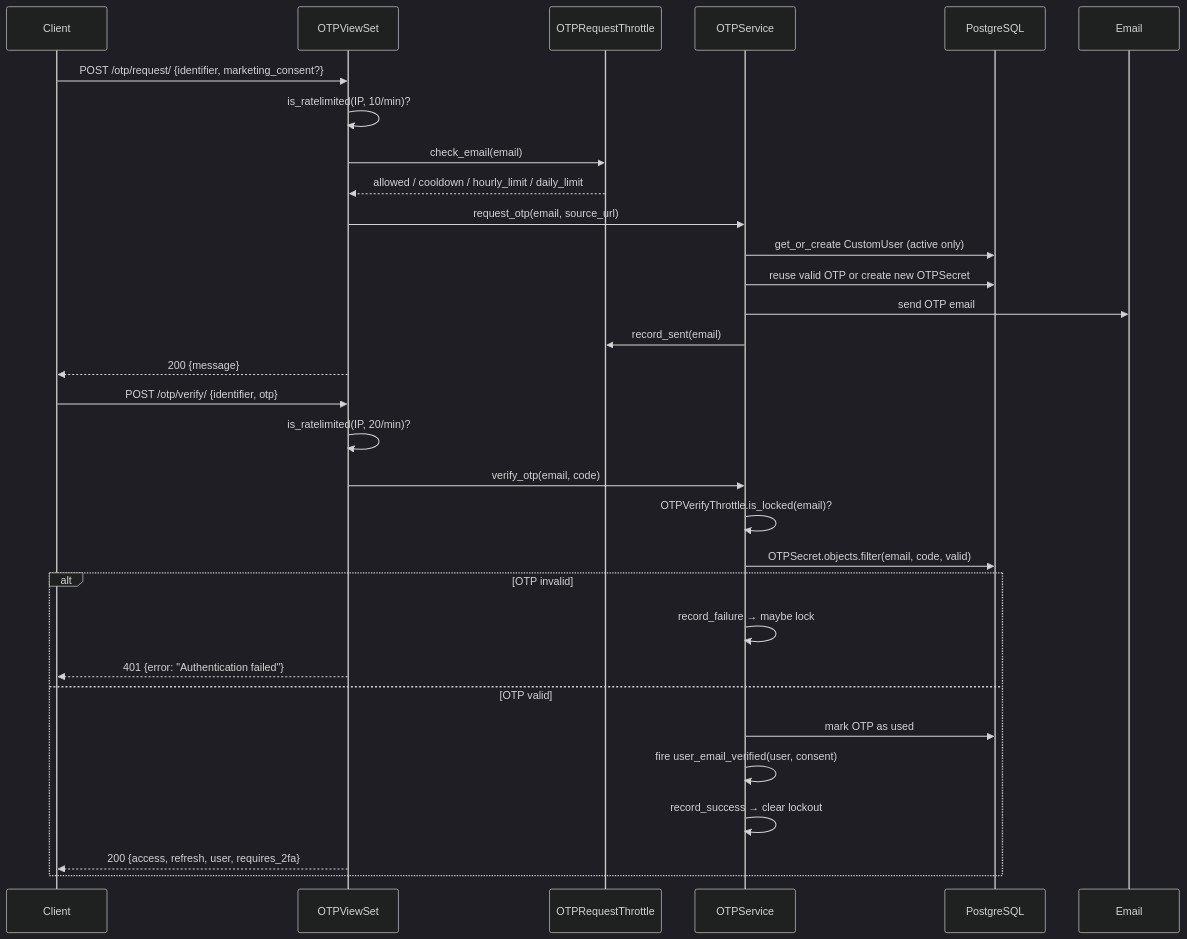
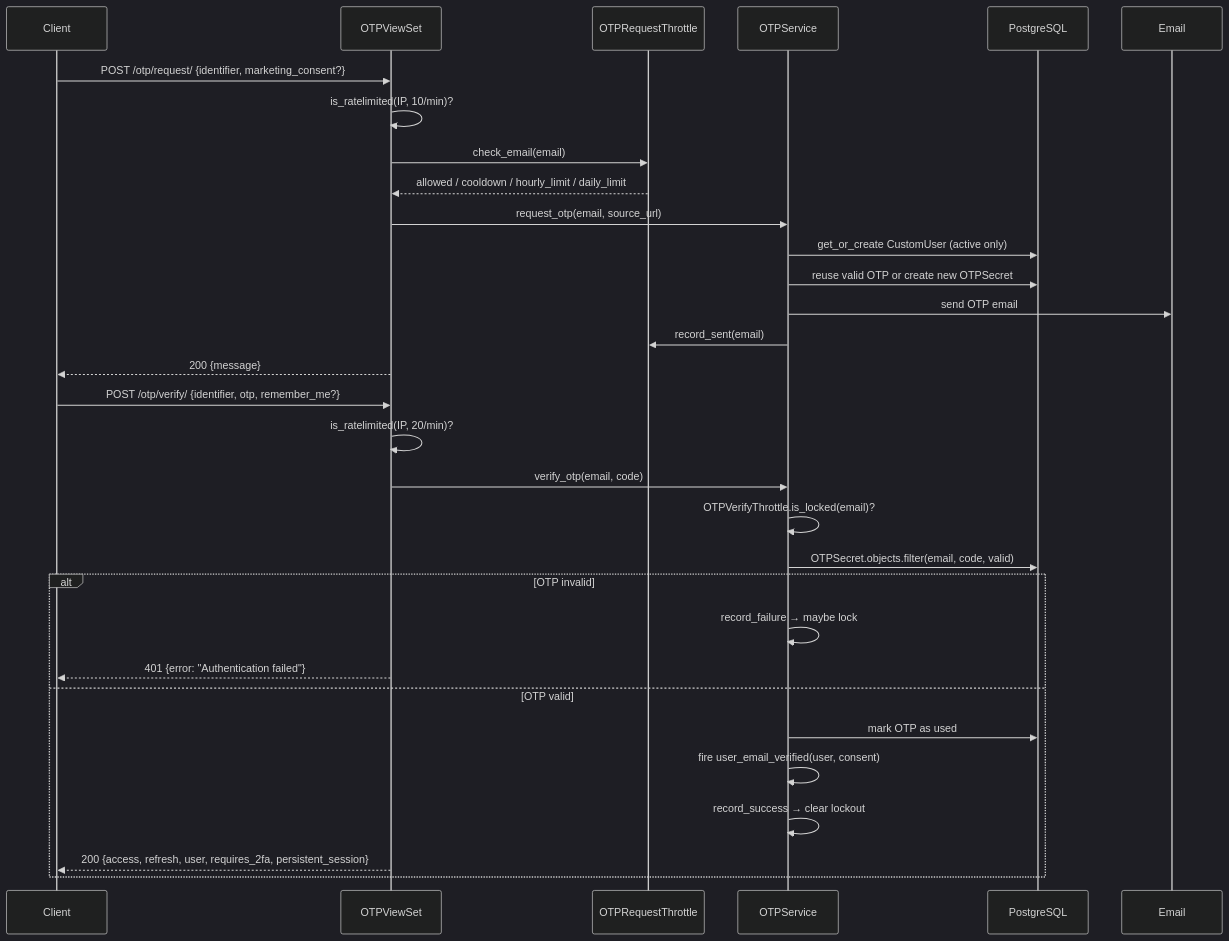
The first of 2 diagrams in docs/features/built-in-apps/user-management/accounts/otp.mdx (markolofsen/django-cfg), drawn with Mermaid (dark theme) before and after one commit. The commit also changed other lines of this file and 43 other files, not shown here.

````diff
--- a/docs/features/built-in-apps/user-management/accounts/otp.mdx
+++ b/docs/features/built-in-apps/user-management/accounts/otp.mdx
@@ -14,35 +14,35 @@
 ```mermaid
 sequenceDiagram
     participant C as Client
     participant V as OTPViewSet
     participant T as OTPRequestThrottle
     participant S as OTPService
     participant DB as PostgreSQL
     participant E as Email
 
     C->>V: POST /otp/request/ {identifier, marketing_consent?}
     V->>V: is_ratelimited(IP, 10/min)?
     V->>T: check_email(email)
     T-->>V: allowed / cooldown / hourly_limit / daily_limit
     V->>S: request_otp(email, source_url)
     S->>DB: get_or_create CustomUser (active only)
     S->>DB: reuse valid OTP or create new OTPSecret
     S->>E: send OTP email
     S->>T: record_sent(email)
     V-->>C: 200 {message}
 
-    C->>V: POST /otp/verify/ {identifier, otp}
+    C->>V: POST /otp/verify/ {identifier, otp, remember_me?}
     V->>V: is_ratelimited(IP, 20/min)?
     V->>S: verify_otp(email, code)
     S->>S: OTPVerifyThrottle.is_locked(email)?
     S->>DB: OTPSecret.objects.filter(email, code, valid)
     alt OTP invalid
         S->>S: record_failure → maybe lock
         V-->>C: 401 {error: "Authentication failed"}
     else OTP valid
         S->>DB: mark OTP as used
         S->>S: fire user_email_verified(user, consent)
         S->>S: record_success → clear lockout
-        V-->>C: 200 {access, refresh, user, requires_2fa}
+        V-->>C: 200 {access, refresh, user, requires_2fa, persistent_session}
     end
 ```
````
